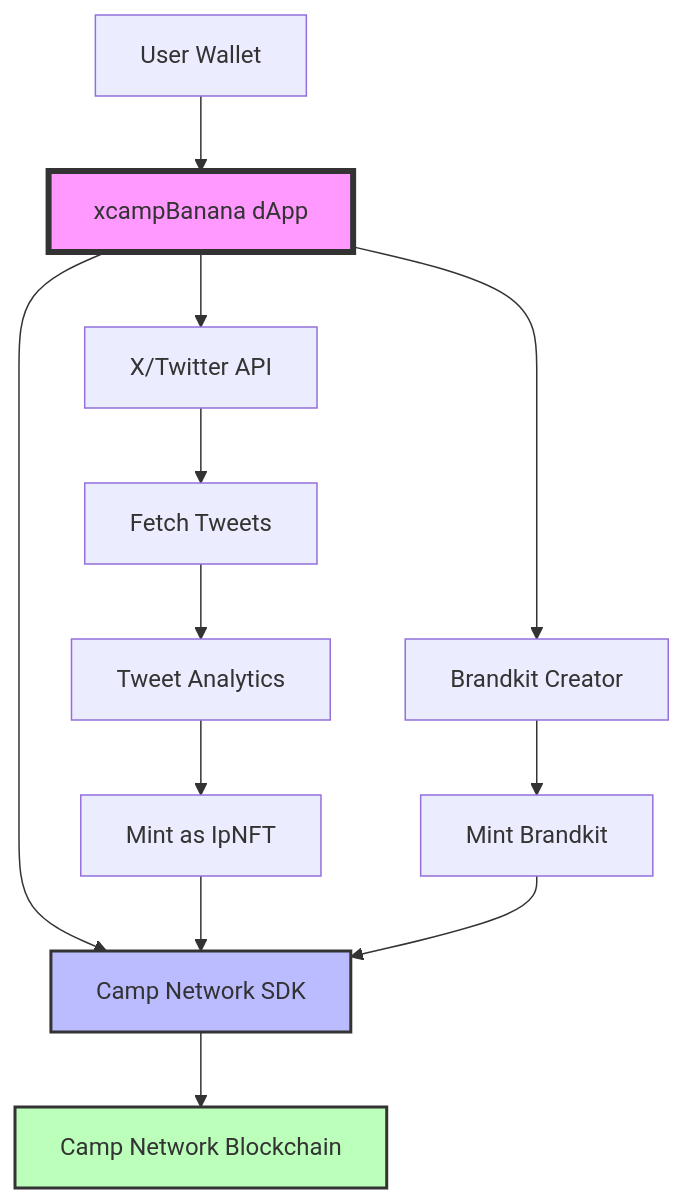
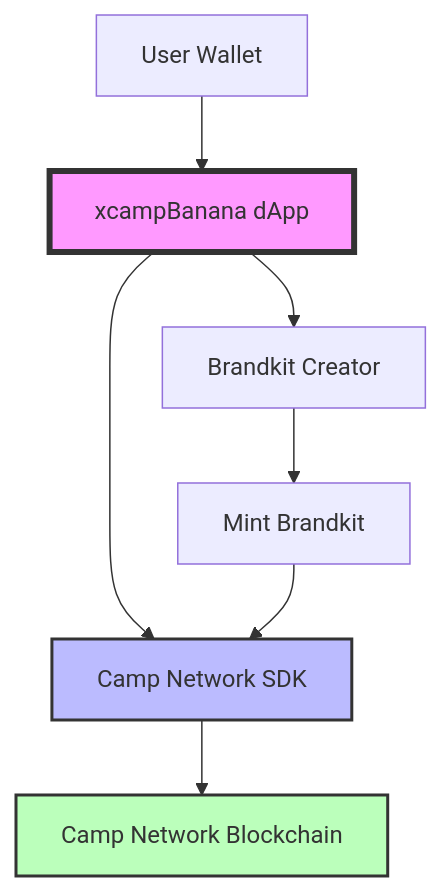
One commit to fozagtx/xcampBanana changed the first of 2 diagrams in README.md. Above: the diagram before and after it, drawn with Mermaid. The commit also changed other lines of this file and 6 other files, not shown here.

First line of the commit message:
chore(twitter): remove fetch tweets functionality and related components

````diff
--- a/README.md
+++ b/README.md
@@ -15,21 +15,15 @@
 ```mermaid
 graph TB
     A[User Wallet] --> B[xcampBanana dApp]
     B --> C[Camp Network SDK]
-    B --> D[X/Twitter API]
 
-    D --> E[Fetch Tweets]
-    E --> F[Tweet Analytics]
-    F --> G[Mint as IpNFT]
+    B --> D[Brandkit Creator]
+    D --> E[Mint Brandkit]
 
-    B --> H[Brandkit Creator]
-    H --> I[Mint Brandkit]
-
-    G --> C
-    I --> C
-    C --> J[Camp Network Blockchain]
+    E --> C
+    C --> F[Camp Network Blockchain]
 
     style B fill:#f9f,stroke:#333,stroke-width:4px
     style C fill:#bbf,stroke:#333,stroke-width:2px
-    style J fill:#bfb,stroke:#333,stroke-width:2px
+    style F fill:#bfb,stroke:#333,stroke-width:2px
 ```
````
